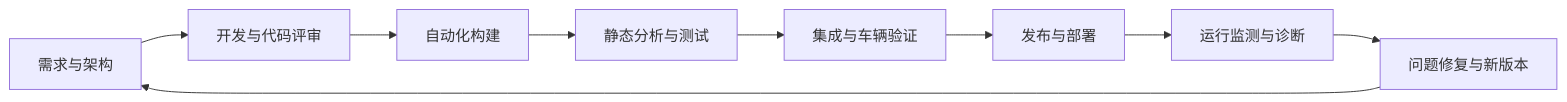
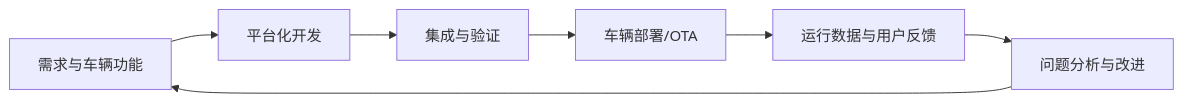
Before and after one commit to ilikui/Notes: the diagram in pages/软件定义汽车.md, drawn with Mermaid. The commit also changed other lines of this file and 20 other files, not shown here.

First line of the commit message:
docs: complete foundation notes and add diagrams

````diff
--- a/pages/软件定义汽车.md
+++ b/pages/软件定义汽车.md
@@ -35,11 +16,9 @@
 ```mermaid
 flowchart LR
-    A[需求与架构] --> B[开发与代码评审]
-    B --> C[自动化构建]
-    C --> D[静态分析与测试]
-    D --> E[集成与车辆验证]
-    E --> F[发布与部署]
-    F --> G[运行监测与诊断]
-    G --> H[问题修复与新版本]
-    H --> A
+    A[需求与车辆功能] --> B[平台化开发]
+    B --> C[集成与验证]
+    C --> D[车辆部署/OTA]
+    D --> E[运行数据与用户反馈]
+    E --> F[问题分析与改进]
+    F --> A
 ```
````
